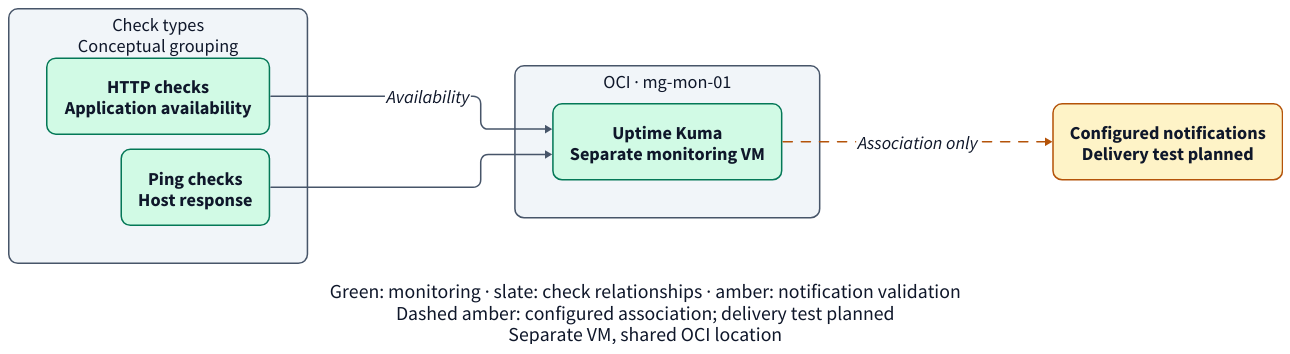
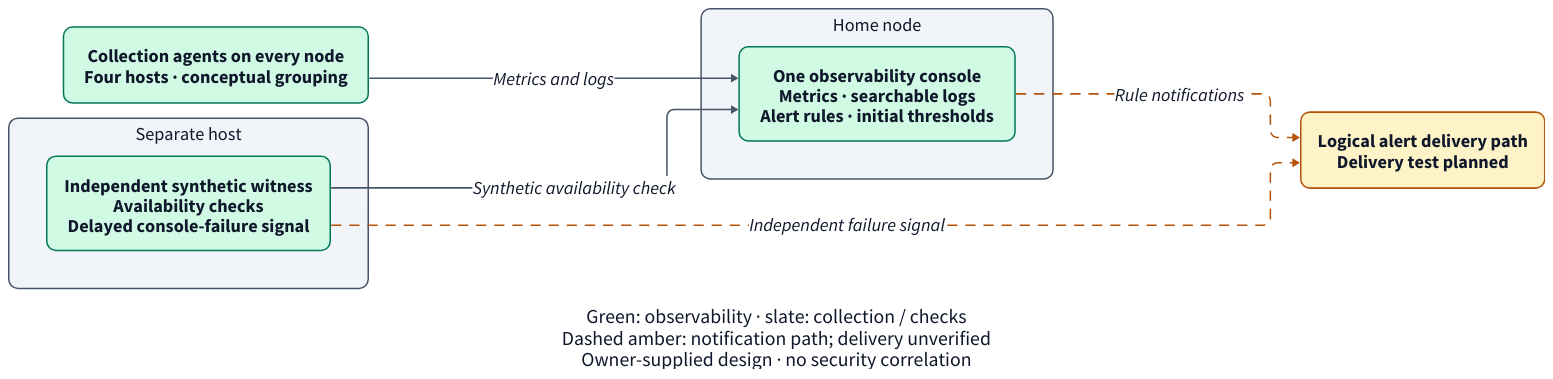
The diagram in diagrams/src/monitoring-alerting.d2 (matteo-genovese/mg-lab), drawn with D2 before and after one commit. The commit also changed 32 other files, not shown here.

First line of the commit message:
Document the observability console and drop provider and city identifiers before publication

```diff
--- a/diagrams/src/monitoring-alerting.d2
+++ b/diagrams/src/monitoring-alerting.d2
@@ -1,37 +1,38 @@
 direction: right
 vars: {d2-config: {layout-engine: elk; theme-id: 0}}
 **.style.font-size: 24
 **.style.font-color: "#0f172a"
 **.style.border-radius: 12
 classes: {
   default: {style: {fill: "#f1f5f9"; stroke: "#475569"; font-color: "#0f172a"; font-size: 24; border-radius: 12}}
   control: {style.fill: "#ede9fe"; style.stroke: "#7c3aed"}
   monitor: {style.fill: "#d1fae5"; style.stroke: "#047857"}
   overlay: {style.fill: "#ccfbf1"; style.stroke: "#0f766e"}
   caveat: {style.fill: "#fef3c7"; style.stroke: "#b45309"}
   planned: {style.fill: "#fef3c7"; style.stroke: "#b45309"; style.stroke-dash: 6}
   public: {style.stroke: "#047857"; style.stroke-width: 3; style.font-size: 24; style.font-color: "#0f172a"}
   private: {style.stroke: "#0f766e"; style.stroke-width: 3; style.stroke-dash: 6; style.font-size: 24; style.font-color: "#0f172a"}
   flow: {style.stroke: "#475569"; style.stroke-width: 2; style.font-size: 24; style.font-color: "#0f172a"}
   uncertain: {style.stroke: "#b45309"; style.stroke-dash: 6; style.font-size: 24; style.font-color: "#0f172a"}
 }
-checks: "Check types\nConceptual grouping" {
+agents: "Collection agents on every node\nFour hosts · conceptual grouping" {class: monitor}
+home: "Home node" {
   class: default
-  http: "HTTP checks\nApplication availability" {class: monitor}
-  ping: "Ping checks\nHost response" {class: monitor}
+  console: "One observability console\nMetrics · searchable logs\nAlert rules · initial thresholds" {class: monitor}
 }
-oci: "OCI · mg-mon-01" {
+separate: "Separate host" {
   class: default
-  kuma: "Uptime Kuma\nSeparate monitoring VM" {class: monitor}
+  witness: "Independent synthetic witness\nAvailability checks\nDelayed console-failure signal" {class: monitor}
 }
-notification: "Configured notifications\nDelivery test planned" {class: caveat}
-checks.http -> oci.kuma: "Availability" {class: flow}
-checks.ping -> oci.kuma: {class: flow}
-oci.kuma -> notification: "Association only" {class: uncertain}
+notification: "Logical alert delivery path\nDelivery test planned" {class: caveat}
+agents -> home.console: "Metrics and logs" {class: flow}
+separate.witness -> home.console: "Synthetic availability check" {class: flow}
+home.console -> notification: "Rule notifications" {class: uncertain}
+separate.witness -> notification: "Independent failure signal" {class: uncertain}
 
-legend: "Green: monitoring · slate: check relationships · amber: notification validation\nDashed amber: configured association; delivery test planned\nSeparate VM, shared OCI location" {
+legend: "Green: observability · slate: collection / checks\nDashed amber: notification path; delivery unverified\nOwner-supplied design · no security correlation" {
   shape: text
   near: bottom-center
   style.font-size: 26
   style.font-color: "#0f172a"
 }
```
